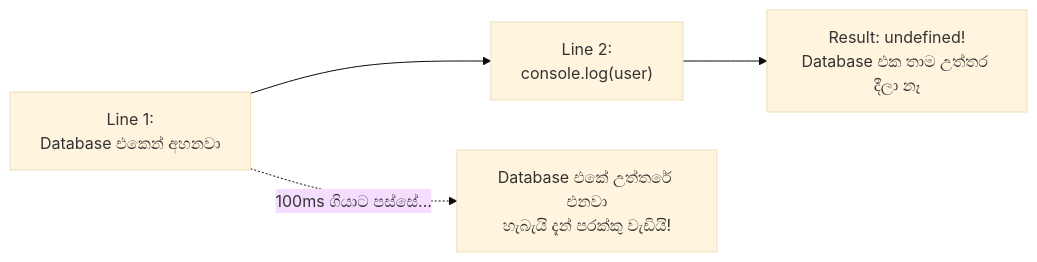
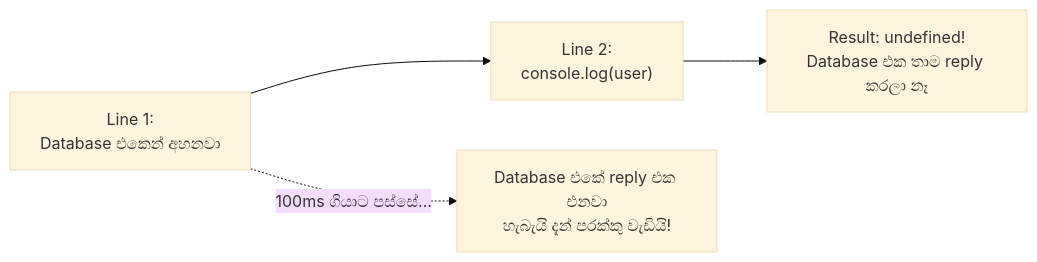
Before and after one commit to Nimsika-Bosilu/designHer_2.0-Student-Attendance-Management-System: diagram 14 of 33 in backend/sinhala-translation-document/README.md, drawn with Mermaid (base theme). The commit also changed other lines of this file and 28 other files, not shown here.

````diff
--- a/backend/sinhala-translation-document/README.md
+++ b/backend/sinhala-translation-document/README.md
@@ -540,6 +731,6 @@
 ```mermaid
 flowchart LR
     A["Line 1:\nDatabase එකෙන් අහනවා"] --> B["Line 2:\nconsole.log(user)"]
-    B --> C["Result: undefined!\nDatabase එක තාම උත්තර දීලා නෑ"]
-    A -.->|"100ms ගියාට පස්සේ..."| D["Database එකේ උත්තරේ එනවා\nහැබැයි දැන් පරක්කු වැඩියි!"]
+    B --> C["Result: undefined!\nDatabase එක තාම reply කරලා නෑ"]
+    A -.->|"100ms ගියාට පස්සේ..."| D["Database එකේ reply එක එනවා\nහැබැයි දැන් පරක්කු වැඩියි!"]
 ```
````
